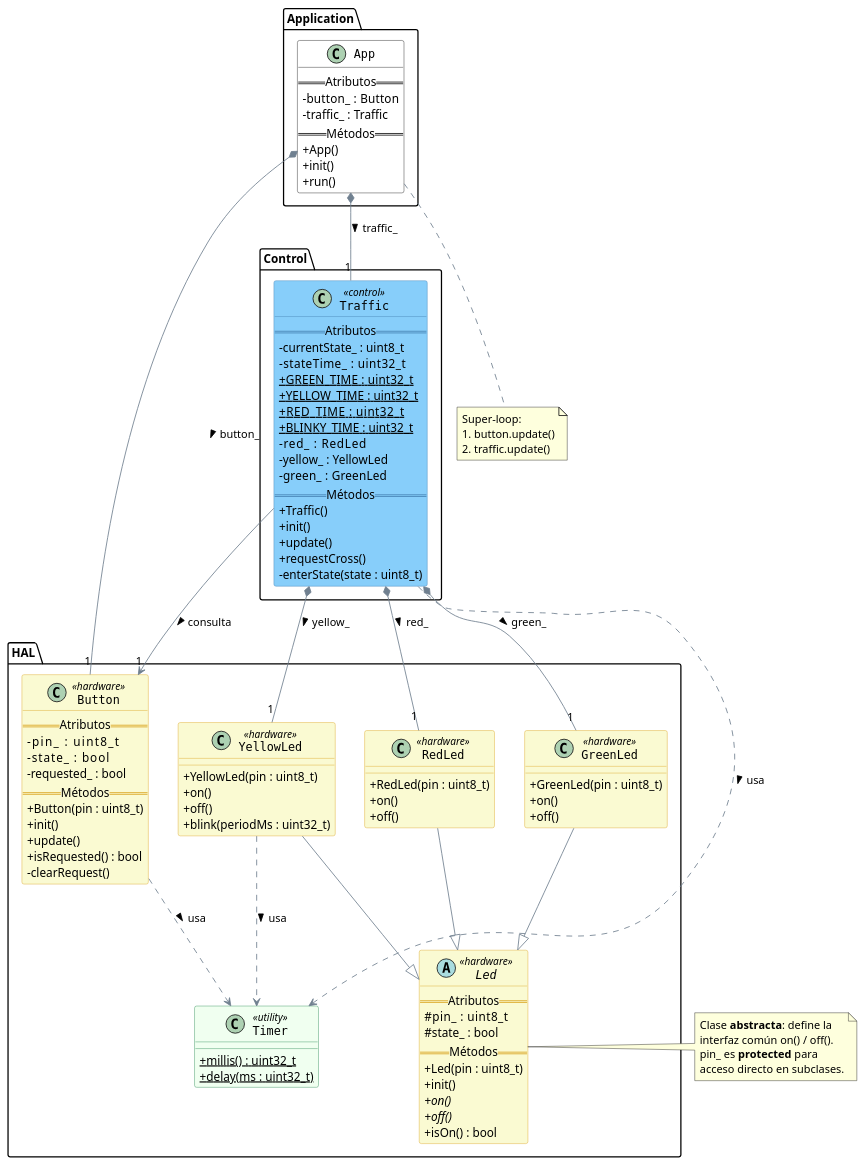
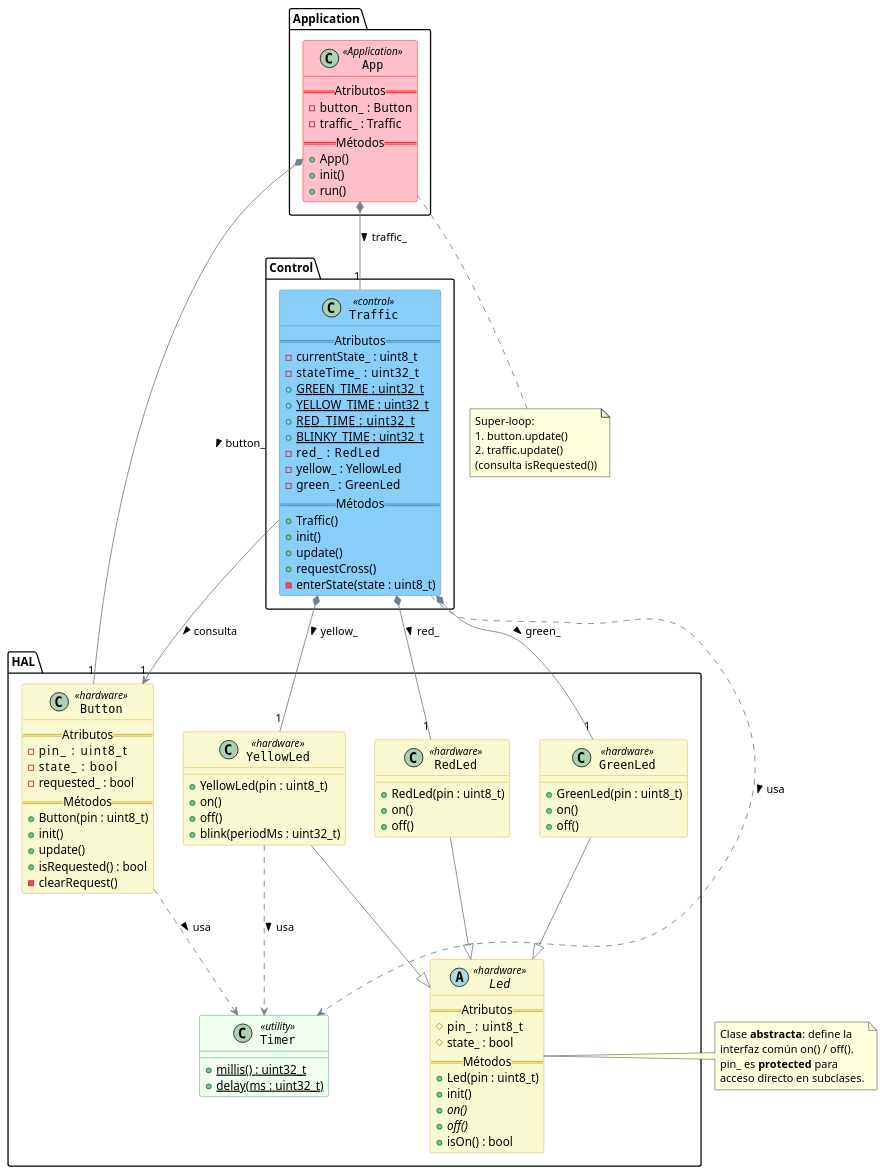
One commit to pslavkin/isse_cese changed the seventh of 7 diagrams in semaphore/uml/semaphore.puml. Above: the diagram before and after it, drawn with PlantUML. The commit also changed other lines of this file and 8 other files, not shown here.

Commit message:
add some flowchart and FSM examples

```diff
--- a/semaphore/uml/semaphore.puml
+++ b/semaphore/uml/semaphore.puml
@@ -335,131 +345,139 @@
 @startuml semaphore7
 
-skinparam classAttributeIconSize 0
+'skinparam classAttributeIconSize 0
 skinparam class {
-    BackgroundColor<<control>>  LightSkyBlue
-    BorderColor<<control>>      SteelBlue
-    BackgroundColor<<hardware>> LightGoldenRodYellow
-    BorderColor<<hardware>>     Goldenrod
-    BackgroundColor<<utility>>  HoneyDew
-    BorderColor<<utility>>      SeaGreen
-    BackgroundColor             White
-    ArrowColor                  SlateGray
-    FontName                    Monospaced
+   BackgroundColor<<Application>>  Pink
+   BorderColor<<Application>>      Red
+   BackgroundColor<<control>>      LightSkyBlue
+   BorderColor<<control>>          SteelBlue
+   BackgroundColor<<hardware>>     LightGoldenRodYellow
+   BorderColor<<hardware>>         Goldenrod
+   BackgroundColor<<utility>>      HoneyDew
+   BorderColor<<utility>>          SeaGreen
+   BackgroundColor                 White
+   ArrowColor                      SlateGray
+   FontName                        Monospaced
 }
 
 package "Application" {
-    class App {
+   class App <<Application>> {
         == Atributos ==
         - button_  : Button
         - traffic_ : Traffic
         == Métodos ==
         + App()
         + init()
         + run()
     }
 }
 
 package "Control" {
     class Traffic <<control>> {
         == Atributos ==
         - currentState_ : uint8_t
         - stateTime_    : uint32_t
         + {static} GREEN_TIME  : uint32_t
         + {static} YELLOW_TIME : uint32_t
         + {static} RED_TIME    : uint32_t
         + {static} BLINKY_TIME : uint32_t
         - red_    : RedLed
         - yellow_ : YellowLed
         - green_  : GreenLed
         == Métodos ==
         + Traffic()
         + init()
         + update()
         + requestCross()
         - enterState(state : uint8_t)
     }
 }
 
 package "HAL" {
     class Button <<hardware>> {
         == Atributos ==
         - pin_       : uint8_t
         - state_     : bool
         - requested_ : bool
         == Métodos ==
         + Button(pin : uint8_t)
         + init()
         + update()
         + isRequested() : bool
         - clearRequest()
     }
 
     abstract class Led <<hardware>> {
         == Atributos ==
         # pin_   : uint8_t
         # state_ : bool
         == Métodos ==
         + Led(pin : uint8_t)
         + init()
         + {abstract} on()
         + {abstract} off()
         + isOn() : bool
     }
 
     class RedLed <<hardware>> {
         + RedLed(pin : uint8_t)
         + on()
         + off()
     }
 
     class YellowLed <<hardware>> {
         + YellowLed(pin : uint8_t)
         + on()
         + off()
         + blink(periodMs : uint32_t)
     }
 
     class GreenLed <<hardware>> {
         + GreenLed(pin : uint8_t)
         + on()
         + off()
     }
 
     class Timer <<utility>> {
         + {static} millis() : uint32_t
         + {static} delay(ms : uint32_t)
     }
 }
 
 ' ── Herencia ────────────────────────────────────────────────────────────────
 RedLed    --|> Led
 YellowLed --|> Led
 GreenLed  --|> Led
 
 ' ── Composición ─────────────────────────────────────────────────────────────
 App     *-down- "1" Traffic   : traffic_ >
 App     *-down- "1" Button    : button_ >
 Traffic *-down- "1" RedLed    : red_ >
 Traffic *-down- "1" YellowLed : yellow_ >
 Traffic *-down- "1" GreenLed  : green_ >
 
 ' ── Asociación ──────────────────────────────────────────────────────────────
 Traffic -left-> "1" Button : consulta >
 
 ' ── Dependencia ─────────────────────────────────────────────────────────────
 Button    ..> Timer : usa >
 Traffic   ..> Timer : usa >
 YellowLed ..> Timer : usa >
 
 ' ── Notas ───────────────────────────────────────────────────────────────────
 note right of Led
   Clase **abstracta**: define la
   interfaz común on() / off().
   pin_ es **protected** para
   acceso directo en subclases.
 end note
 
-note "Super-loop:\n1. button.update()\n2. traffic.update()" as LoopNote
+note as LoopNote
+   Super-loop: 
+   1. button.update()
+   2. traffic.update()
+   (consulta isRequested())
+end note
+
 App .. LoopNote
 
 @enduml
```
